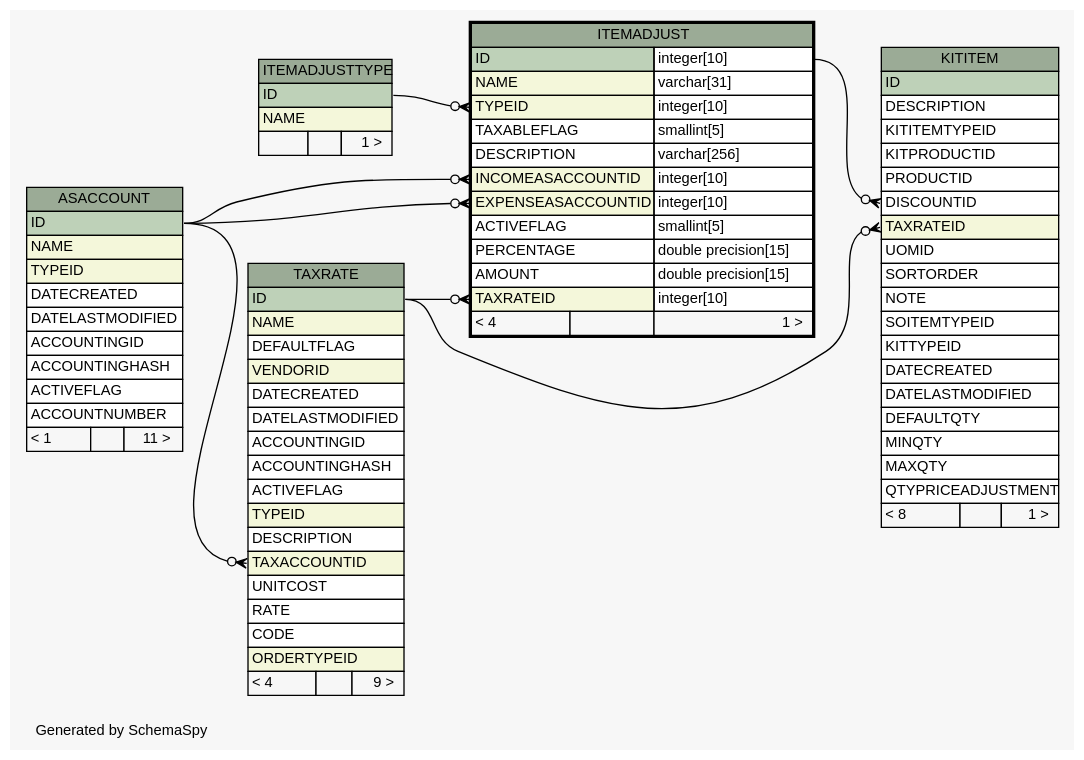
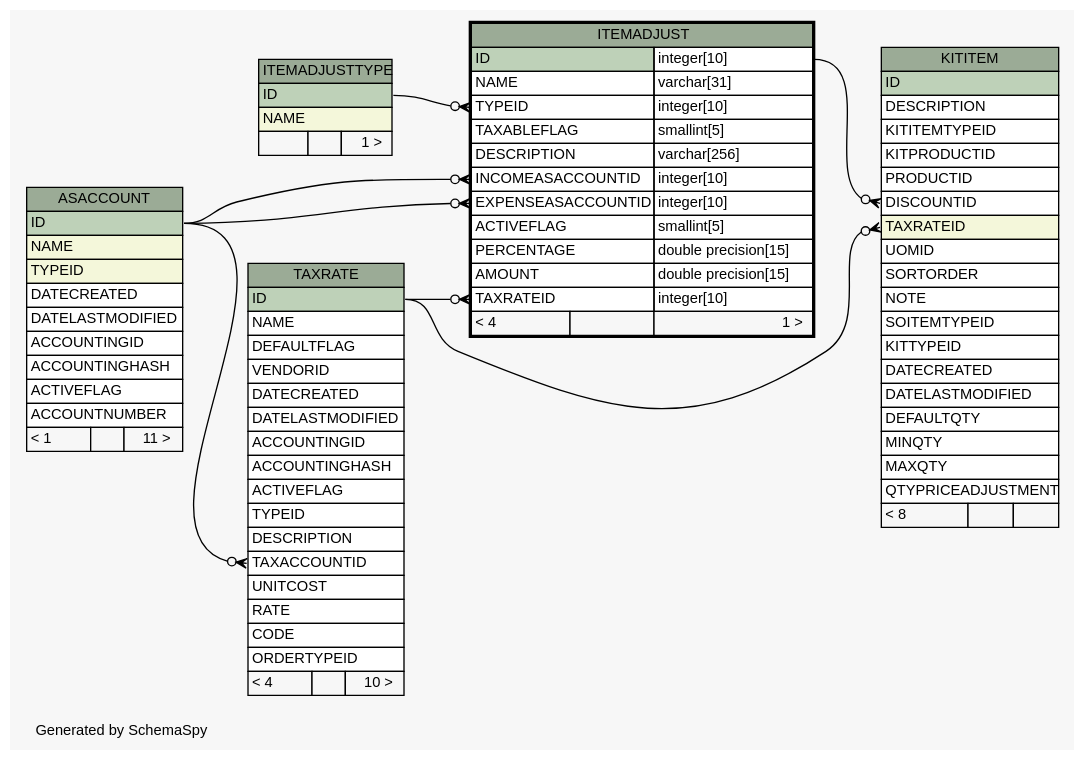
One commit to ilopez/FishbowlDataDictionary changed the diagram in dictionary/Fishbowl2013.5/diagrams/ITEMADJUST.1degree.dot. Above: the diagram before and after it, drawn with Graphviz. The commit also changed 958 other files, not shown here.

Commit message:
Fixed the folder structure and updated db with SQL updates, and re ran schemaspy

```diff
--- a/dictionary/Fishbowl2013.5/diagrams/ITEMADJUST.1degree.dot
+++ b/dictionary/Fishbowl2013.5/diagrams/ITEMADJUST.1degree.dot
@@ -1,130 +1,130 @@
 // dot 2.26.3 on Linux 3.5.0-34-generic
 // SchemaSpy rev 590
 digraph "oneDegreeRelationshipsDiagram" {
   graph [
     rankdir="RL"
     bgcolor="#f7f7f7"
     label="\nGenerated by SchemaSpy"
     labeljust="l"
     nodesep="0.18"
     ranksep="0.46"
     fontname="Helvetica"
     fontsize="11"
   ];
   node [
     fontname="Helvetica"
     fontsize="11"
     shape="plaintext"
   ];
   edge [
     arrowsize="0.8"
   ];
   "ITEMADJUST":"EXPENSEASACCOUNTID":w -> "ASACCOUNT":"ID":e [arrowhead=none dir=back arrowtail=crowodot];
   "ITEMADJUST":"INCOMEASACCOUNTID":w -> "ASACCOUNT":"ID":e [arrowhead=none dir=back arrowtail=crowodot];
   "ITEMADJUST":"TAXRATEID":w -> "TAXRATE":"ID":e [arrowhead=none dir=back arrowtail=crowodot];
   "ITEMADJUST":"TYPEID":w -> "ITEMADJUSTTYPE":"ID":e [arrowhead=none dir=back arrowtail=crowodot];
   "KITITEM":"DISCOUNTID":w -> "ITEMADJUST":"ID.type":e [arrowhead=none dir=back arrowtail=crowodot];
   "KITITEM":"TAXRATEID":w -> "TAXRATE":"ID":e [arrowhead=none dir=back arrowtail=crowodot];
   "TAXRATE":"TAXACCOUNTID":w -> "ASACCOUNT":"ID":e [arrowhead=none dir=back arrowtail=crowodot];
   "ASACCOUNT" [
     label=<
     <TABLE BORDER="0" CELLBORDER="1" CELLSPACING="0" BGCOLOR="#ffffff">
       <TR><TD COLSPAN="3" BGCOLOR="#9bab96" ALIGN="CENTER">ASACCOUNT</TD></TR>
       <TR><TD PORT="ID" COLSPAN="3" BGCOLOR="#bed1b8" ALIGN="LEFT">ID</TD></TR>
       <TR><TD PORT="NAME" COLSPAN="3" BGCOLOR="#f4f7da" ALIGN="LEFT">NAME</TD></TR>
       <TR><TD PORT="TYPEID" COLSPAN="3" BGCOLOR="#f4f7da" ALIGN="LEFT">TYPEID</TD></TR>
       <TR><TD PORT="DATECREATED" COLSPAN="3" ALIGN="LEFT">DATECREATED</TD></TR>
       <TR><TD PORT="DATELASTMODIFIED" COLSPAN="3" ALIGN="LEFT">DATELASTMODIFIED</TD></TR>
       <TR><TD PORT="ACCOUNTINGID" COLSPAN="3" ALIGN="LEFT">ACCOUNTINGID</TD></TR>
       <TR><TD PORT="ACCOUNTINGHASH" COLSPAN="3" ALIGN="LEFT">ACCOUNTINGHASH</TD></TR>
       <TR><TD PORT="ACTIVEFLAG" COLSPAN="3" ALIGN="LEFT">ACTIVEFLAG</TD></TR>
       <TR><TD PORT="ACCOUNTNUMBER" COLSPAN="3" ALIGN="LEFT">ACCOUNTNUMBER</TD></TR>
       <TR><TD ALIGN="LEFT" BGCOLOR="#f7f7f7">&lt; 1</TD><TD ALIGN="RIGHT" BGCOLOR="#f7f7f7">  </TD><TD ALIGN="RIGHT" BGCOLOR="#f7f7f7">11 &gt;</TD></TR>
     </TABLE>>
     URL="ASACCOUNT.html"
     tooltip="ASACCOUNT"
   ];
   "ITEMADJUST" [
     label=<
     <TABLE BORDER="2" CELLBORDER="1" CELLSPACING="0" BGCOLOR="#ffffff">
       <TR><TD COLSPAN="3" BGCOLOR="#9bab96" ALIGN="CENTER">ITEMADJUST</TD></TR>
       <TR><TD PORT="ID" COLSPAN="2" BGCOLOR="#bed1b8" ALIGN="LEFT">ID</TD><TD PORT="ID.type" ALIGN="LEFT">integer[10]</TD></TR>
-      <TR><TD PORT="NAME" COLSPAN="2" BGCOLOR="#f4f7da" ALIGN="LEFT">NAME</TD><TD PORT="NAME.type" ALIGN="LEFT">varchar[31]</TD></TR>
-      <TR><TD PORT="TYPEID" COLSPAN="2" BGCOLOR="#f4f7da" ALIGN="LEFT">TYPEID</TD><TD PORT="TYPEID.type" ALIGN="LEFT">integer[10]</TD></TR>
+      <TR><TD PORT="NAME" COLSPAN="2" ALIGN="LEFT">NAME</TD><TD PORT="NAME.type" ALIGN="LEFT">varchar[31]</TD></TR>
+      <TR><TD PORT="TYPEID" COLSPAN="2" ALIGN="LEFT">TYPEID</TD><TD PORT="TYPEID.type" ALIGN="LEFT">integer[10]</TD></TR>
       <TR><TD PORT="TAXABLEFLAG" COLSPAN="2" ALIGN="LEFT">TAXABLEFLAG</TD><TD PORT="TAXABLEFLAG.type" ALIGN="LEFT">smallint[5]</TD></TR>
       <TR><TD PORT="DESCRIPTION" COLSPAN="2" ALIGN="LEFT">DESCRIPTION</TD><TD PORT="DESCRIPTION.type" ALIGN="LEFT">varchar[256]</TD></TR>
-      <TR><TD PORT="INCOMEASACCOUNTID" COLSPAN="2" BGCOLOR="#f4f7da" ALIGN="LEFT">INCOMEASACCOUNTID</TD><TD PORT="INCOMEASACCOUNTID.type" ALIGN="LEFT">integer[10]</TD></TR>
-      <TR><TD PORT="EXPENSEASACCOUNTID" COLSPAN="2" BGCOLOR="#f4f7da" ALIGN="LEFT">EXPENSEASACCOUNTID</TD><TD PORT="EXPENSEASACCOUNTID.type" ALIGN="LEFT">integer[10]</TD></TR>
+      <TR><TD PORT="INCOMEASACCOUNTID" COLSPAN="2" ALIGN="LEFT">INCOMEASACCOUNTID</TD><TD PORT="INCOMEASACCOUNTID.type" ALIGN="LEFT">integer[10]</TD></TR>
+      <TR><TD PORT="EXPENSEASACCOUNTID" COLSPAN="2" ALIGN="LEFT">EXPENSEASACCOUNTID</TD><TD PORT="EXPENSEASACCOUNTID.type" ALIGN="LEFT">integer[10]</TD></TR>
       <TR><TD PORT="ACTIVEFLAG" COLSPAN="2" ALIGN="LEFT">ACTIVEFLAG</TD><TD PORT="ACTIVEFLAG.type" ALIGN="LEFT">smallint[5]</TD></TR>
       <TR><TD PORT="PERCENTAGE" COLSPAN="2" ALIGN="LEFT">PERCENTAGE</TD><TD PORT="PERCENTAGE.type" ALIGN="LEFT">double precision[15]</TD></TR>
       <TR><TD PORT="AMOUNT" COLSPAN="2" ALIGN="LEFT">AMOUNT</TD><TD PORT="AMOUNT.type" ALIGN="LEFT">double precision[15]</TD></TR>
-      <TR><TD PORT="TAXRATEID" COLSPAN="2" BGCOLOR="#f4f7da" ALIGN="LEFT">TAXRATEID</TD><TD PORT="TAXRATEID.type" ALIGN="LEFT">integer[10]</TD></TR>
+      <TR><TD PORT="TAXRATEID" COLSPAN="2" ALIGN="LEFT">TAXRATEID</TD><TD PORT="TAXRATEID.type" ALIGN="LEFT">integer[10]</TD></TR>
       <TR><TD ALIGN="LEFT" BGCOLOR="#f7f7f7">&lt; 4</TD><TD ALIGN="RIGHT" BGCOLOR="#f7f7f7">  </TD><TD ALIGN="RIGHT" BGCOLOR="#f7f7f7">1 &gt;</TD></TR>
     </TABLE>>
     URL="ITEMADJUST.html"
     tooltip="ITEMADJUST"
   ];
   "ITEMADJUSTTYPE" [
     label=<
     <TABLE BORDER="0" CELLBORDER="1" CELLSPACING="0" BGCOLOR="#ffffff">
       <TR><TD COLSPAN="3" BGCOLOR="#9bab96" ALIGN="CENTER">ITEMADJUSTTYPE</TD></TR>
       <TR><TD PORT="ID" COLSPAN="3" BGCOLOR="#bed1b8" ALIGN="LEFT">ID</TD></TR>
       <TR><TD PORT="NAME" COLSPAN="3" BGCOLOR="#f4f7da" ALIGN="LEFT">NAME</TD></TR>
       <TR><TD ALIGN="LEFT" BGCOLOR="#f7f7f7">  </TD><TD ALIGN="RIGHT" BGCOLOR="#f7f7f7">  </TD><TD ALIGN="RIGHT" BGCOLOR="#f7f7f7">1 &gt;</TD></TR>
     </TABLE>>
     URL="ITEMADJUSTTYPE.html"
     tooltip="ITEMADJUSTTYPE"
   ];
   "KITITEM" [
     label=<
     <TABLE BORDER="0" CELLBORDER="1" CELLSPACING="0" BGCOLOR="#ffffff">
       <TR><TD COLSPAN="3" BGCOLOR="#9bab96" ALIGN="CENTER">KITITEM</TD></TR>
       <TR><TD PORT="ID" COLSPAN="3" BGCOLOR="#bed1b8" ALIGN="LEFT">ID</TD></TR>
       <TR><TD PORT="DESCRIPTION" COLSPAN="3" ALIGN="LEFT">DESCRIPTION</TD></TR>
       <TR><TD PORT="KITITEMTYPEID" COLSPAN="3" ALIGN="LEFT">KITITEMTYPEID</TD></TR>
       <TR><TD PORT="KITPRODUCTID" COLSPAN="3" ALIGN="LEFT">KITPRODUCTID</TD></TR>
       <TR><TD PORT="PRODUCTID" COLSPAN="3" ALIGN="LEFT">PRODUCTID</TD></TR>
       <TR><TD PORT="DISCOUNTID" COLSPAN="3" ALIGN="LEFT">DISCOUNTID</TD></TR>
       <TR><TD PORT="TAXRATEID" COLSPAN="3" BGCOLOR="#f4f7da" ALIGN="LEFT">TAXRATEID</TD></TR>
       <TR><TD PORT="UOMID" COLSPAN="3" ALIGN="LEFT">UOMID</TD></TR>
       <TR><TD PORT="SORTORDER" COLSPAN="3" ALIGN="LEFT">SORTORDER</TD></TR>
       <TR><TD PORT="NOTE" COLSPAN="3" ALIGN="LEFT">NOTE</TD></TR>
       <TR><TD PORT="SOITEMTYPEID" COLSPAN="3" ALIGN="LEFT">SOITEMTYPEID</TD></TR>
       <TR><TD PORT="KITTYPEID" COLSPAN="3" ALIGN="LEFT">KITTYPEID</TD></TR>
       <TR><TD PORT="DATECREATED" COLSPAN="3" ALIGN="LEFT">DATECREATED</TD></TR>
       <TR><TD PORT="DATELASTMODIFIED" COLSPAN="3" ALIGN="LEFT">DATELASTMODIFIED</TD></TR>
       <TR><TD PORT="DEFAULTQTY" COLSPAN="3" ALIGN="LEFT">DEFAULTQTY</TD></TR>
       <TR><TD PORT="MINQTY" COLSPAN="3" ALIGN="LEFT">MINQTY</TD></TR>
       <TR><TD PORT="MAXQTY" COLSPAN="3" ALIGN="LEFT">MAXQTY</TD></TR>
       <TR><TD PORT="QTYPRICEADJUSTMENT" COLSPAN="3" ALIGN="LEFT">QTYPRICEADJUSTMENT</TD></TR>
-      <TR><TD ALIGN="LEFT" BGCOLOR="#f7f7f7">&lt; 8</TD><TD ALIGN="RIGHT" BGCOLOR="#f7f7f7">  </TD><TD ALIGN="RIGHT" BGCOLOR="#f7f7f7">1 &gt;</TD></TR>
+      <TR><TD ALIGN="LEFT" BGCOLOR="#f7f7f7">&lt; 8</TD><TD ALIGN="RIGHT" BGCOLOR="#f7f7f7">  </TD><TD ALIGN="RIGHT" BGCOLOR="#f7f7f7">  </TD></TR>
     </TABLE>>
     URL="KITITEM.html"
     tooltip="KITITEM"
   ];
   "TAXRATE" [
     label=<
     <TABLE BORDER="0" CELLBORDER="1" CELLSPACING="0" BGCOLOR="#ffffff">
       <TR><TD COLSPAN="3" BGCOLOR="#9bab96" ALIGN="CENTER">TAXRATE</TD></TR>
       <TR><TD PORT="ID" COLSPAN="3" BGCOLOR="#bed1b8" ALIGN="LEFT">ID</TD></TR>
-      <TR><TD PORT="NAME" COLSPAN="3" BGCOLOR="#f4f7da" ALIGN="LEFT">NAME</TD></TR>
+      <TR><TD PORT="NAME" COLSPAN="3" ALIGN="LEFT">NAME</TD></TR>
       <TR><TD PORT="DEFAULTFLAG" COLSPAN="3" ALIGN="LEFT">DEFAULTFLAG</TD></TR>
-      <TR><TD PORT="VENDORID" COLSPAN="3" BGCOLOR="#f4f7da" ALIGN="LEFT">VENDORID</TD></TR>
+      <TR><TD PORT="VENDORID" COLSPAN="3" ALIGN="LEFT">VENDORID</TD></TR>
       <TR><TD PORT="DATECREATED" COLSPAN="3" ALIGN="LEFT">DATECREATED</TD></TR>
       <TR><TD PORT="DATELASTMODIFIED" COLSPAN="3" ALIGN="LEFT">DATELASTMODIFIED</TD></TR>
       <TR><TD PORT="ACCOUNTINGID" COLSPAN="3" ALIGN="LEFT">ACCOUNTINGID</TD></TR>
       <TR><TD PORT="ACCOUNTINGHASH" COLSPAN="3" ALIGN="LEFT">ACCOUNTINGHASH</TD></TR>
       <TR><TD PORT="ACTIVEFLAG" COLSPAN="3" ALIGN="LEFT">ACTIVEFLAG</TD></TR>
-      <TR><TD PORT="TYPEID" COLSPAN="3" BGCOLOR="#f4f7da" ALIGN="LEFT">TYPEID</TD></TR>
+      <TR><TD PORT="TYPEID" COLSPAN="3" ALIGN="LEFT">TYPEID</TD></TR>
       <TR><TD PORT="DESCRIPTION" COLSPAN="3" ALIGN="LEFT">DESCRIPTION</TD></TR>
-      <TR><TD PORT="TAXACCOUNTID" COLSPAN="3" BGCOLOR="#f4f7da" ALIGN="LEFT">TAXACCOUNTID</TD></TR>
+      <TR><TD PORT="TAXACCOUNTID" COLSPAN="3" ALIGN="LEFT">TAXACCOUNTID</TD></TR>
       <TR><TD PORT="UNITCOST" COLSPAN="3" ALIGN="LEFT">UNITCOST</TD></TR>
       <TR><TD PORT="RATE" COLSPAN="3" ALIGN="LEFT">RATE</TD></TR>
       <TR><TD PORT="CODE" COLSPAN="3" ALIGN="LEFT">CODE</TD></TR>
-      <TR><TD PORT="ORDERTYPEID" COLSPAN="3" BGCOLOR="#f4f7da" ALIGN="LEFT">ORDERTYPEID</TD></TR>
-      <TR><TD ALIGN="LEFT" BGCOLOR="#f7f7f7">&lt; 4</TD><TD ALIGN="RIGHT" BGCOLOR="#f7f7f7">  </TD><TD ALIGN="RIGHT" BGCOLOR="#f7f7f7">9 &gt;</TD></TR>
+      <TR><TD PORT="ORDERTYPEID" COLSPAN="3" ALIGN="LEFT">ORDERTYPEID</TD></TR>
+      <TR><TD ALIGN="LEFT" BGCOLOR="#f7f7f7">&lt; 4</TD><TD ALIGN="RIGHT" BGCOLOR="#f7f7f7">  </TD><TD ALIGN="RIGHT" BGCOLOR="#f7f7f7">10 &gt;</TD></TR>
     </TABLE>>
     URL="TAXRATE.html"
     tooltip="TAXRATE"
   ];
 }
```
